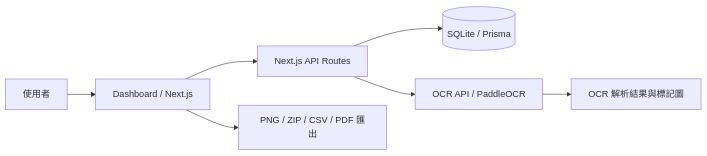
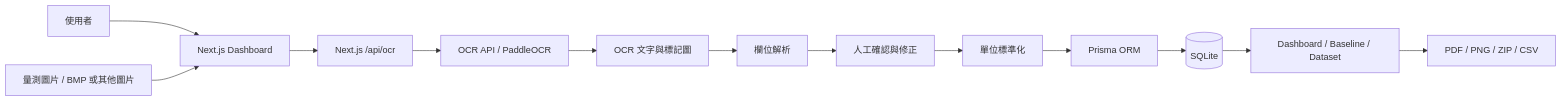
Before and after one commit to Ying214/LCR: the diagram in README.md, drawn with Mermaid. The commit also changed other lines of this file and 4 other files, not shown here.

````diff
--- a/README.md
+++ b/README.md
@@ -19,9 +27,15 @@
 ```mermaid
 flowchart LR
-  User[使用者] --> Web[Dashboard / Next.js]
-  Web --> API[Next.js API Routes]
-  API --> DB[(SQLite / Prisma)]
-  API --> OCR[OCR API / PaddleOCR]
-  OCR --> OCRData[OCR 解析結果與標記圖]
-  Web --> Export[PNG / ZIP / CSV / PDF 匯出]
+  User[使用者] --> Web[Next.js Dashboard]
+  BMP[量測圖片 / BMP 或其他圖片] --> Web
+  Web --> OCRProxy[Next.js /api/ocr]
+  OCRProxy --> OCR[OCR API / PaddleOCR]
+  OCR --> OCRResult[OCR 文字與標記圖]
+  OCRResult --> Parser[欄位解析]
+  Parser --> Review[人工確認與修正]
+  Review --> UnitConversion[單位標準化]
+  UnitConversion --> Prisma[Prisma ORM]
+  Prisma --> DB[(SQLite)]
+  DB --> Dashboard[Dashboard / Baseline / Dataset]
+  Dashboard --> Export[PDF / PNG / ZIP / CSV]
 ```
````
